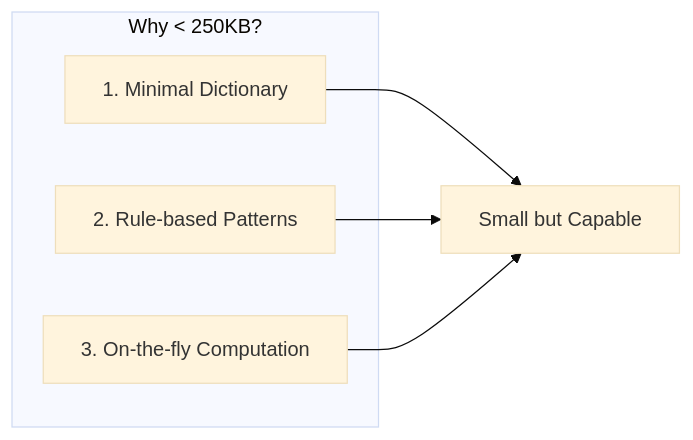
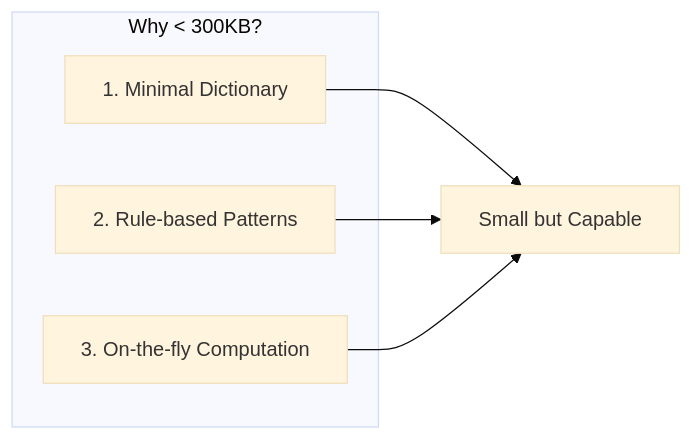
The first of 4 diagrams in docs/how-it-works.md (libraz/suzume-homepage), drawn with Mermaid (base theme) before and after one commit. The commit also changed other lines of this file and 8 other files, not shown here.

````diff
--- a/docs/how-it-works.md
+++ b/docs/how-it-works.md
@@ -21,12 +21,12 @@
 ```mermaid
 flowchart LR
-    subgraph Size["Why < 250KB?"]
+    subgraph Size["Why < 300KB?"]
         A["1. Minimal Dictionary"]
         B["2. Rule-based Patterns"]
         C["3. On-the-fly Computation"]
     end
 
     A --> Result["Small but Capable"]
     B --> Result
     C --> Result
 ```
````
